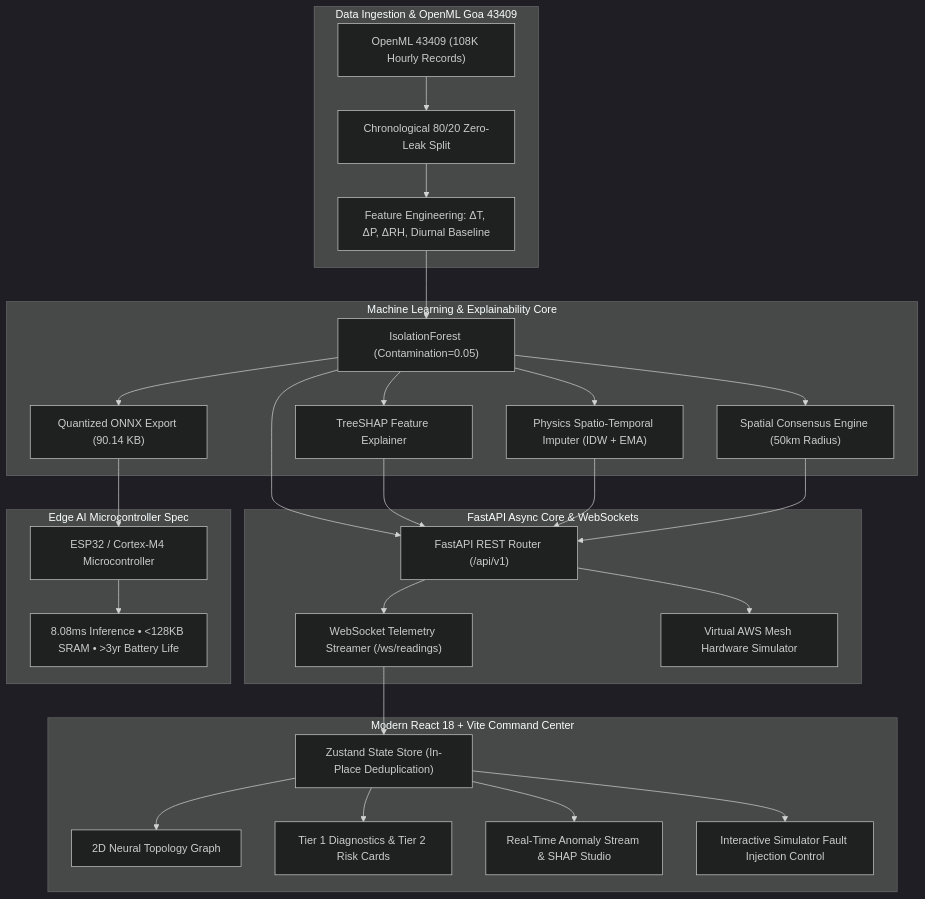
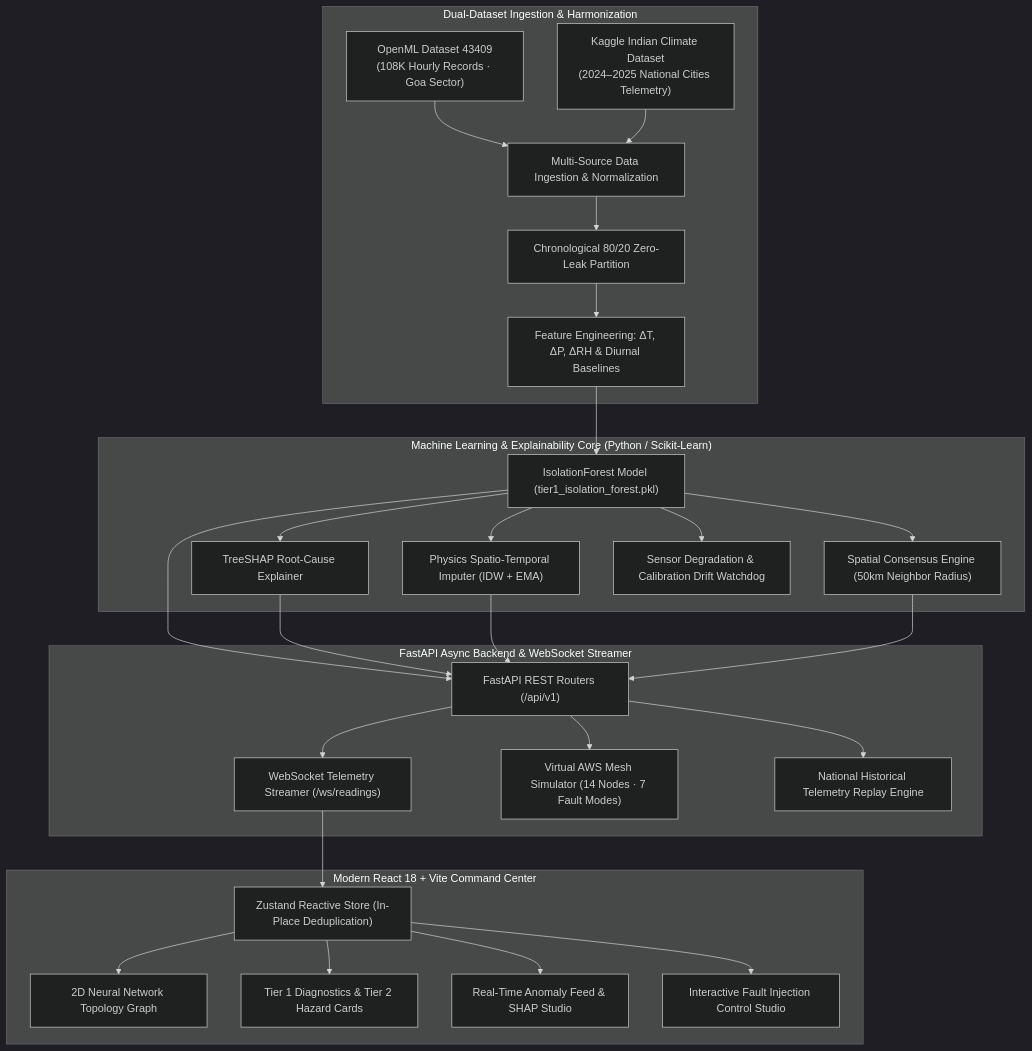
One commit to Umesh-369/SkyGaurd-AI changed the diagram in README.md. Above: the diagram before and after it, drawn with Mermaid (dark theme). The commit also changed other lines of this file, not shown here.

Commit message:
docs: remove ONNX/ESP32 badges & update architecture diagram with dual Kaggle and OpenML dataset pipeline

````diff
--- a/README.md
+++ b/README.md
@@ -82,37 +81,37 @@
 ```mermaid
 flowchart TB
-    subgraph DataLayer ["Data Ingestion & OpenML Goa 43409"]
-        D1["OpenML 43409 (108K Hourly Records)"] --> D2["Chronological 80/20 Zero-Leak Split"]
-        D2 --> D3["Feature Engineering: ΔT, ΔP, ΔRH, Diurnal Baseline"]
+    subgraph DataLayer ["Dual-Dataset Ingestion & Harmonization"]
+        D1["OpenML Dataset 43409<br/>(108K Hourly Records · Goa Sector)"]
+        D2["Kaggle Indian Climate Dataset<br/>(2024–2025 National Cities Telemetry)"]
+        D1 --> D3["Multi-Source Data Ingestion & Normalization"]
+        D2 --> D3
+        D3 --> D4["Chronological 80/20 Zero-Leak Partition"]
+        D4 --> D5["Feature Engineering: ΔT, ΔP, ΔRH & Diurnal Baselines"]
     end
 
-    subgraph MLLayer ["Machine Learning & Explainability Core"]
-        D3 --> ML1["IsolationForest (Contamination=0.05)"]
-        ML1 --> ML2["TreeSHAP Feature Explainer"]
+    subgraph MLLayer ["Machine Learning & Explainability Core (Python / Scikit-Learn)"]
+        D5 --> ML1["IsolationForest Model (tier1_isolation_forest.pkl)"]
+        ML1 --> ML2["TreeSHAP Root-Cause Explainer"]
         ML1 --> ML3["Physics Spatio-Temporal Imputer (IDW + EMA)"]
-        ML1 --> ML4["Spatial Consensus Engine (50km Radius)"]
-        ML1 --> ML5["Quantized ONNX Export (90.14 KB)"]
+        ML1 --> ML4["Spatial Consensus Engine (50km Neighbor Radius)"]
+        ML1 --> ML5["Sensor Degradation & Calibration Drift Watchdog"]
     end
 
-    subgraph BackendLayer ["FastAPI Async Core & WebSockets"]
-        ML1 --> B1["FastAPI REST Router (/api/v1)"]
+    subgraph BackendLayer ["FastAPI Async Backend & WebSocket Streamer"]
+        ML1 --> B1["FastAPI REST Routers (/api/v1)"]
         ML2 --> B1
         ML3 --> B1
         ML4 --> B1
         B1 --> B2["WebSocket Telemetry Streamer (/ws/readings)"]
-        B1 --> B3["Virtual AWS Mesh Hardware Simulator"]
+        B1 --> B3["Virtual AWS Mesh Simulator (14 Nodes · 7 Fault Modes)"]
+        B1 --> B4["National Historical Telemetry Replay Engine"]
     end
 
     subgraph FrontendLayer ["Modern React 18 + Vite Command Center"]
-        B2 --> F1["Zustand State Store (In-Place Deduplication)"]
-        F1 --> F2["2D Neural Topology Graph"]
-        F1 --> F3["Tier 1 Diagnostics & Tier 2 Risk Cards"]
-        F1 --> F4["Real-Time Anomaly Stream & SHAP Studio"]
-        F1 --> F5["Interactive Simulator Fault Injection Control"]
-    end
-
-    subgraph EdgeLayer ["Edge AI Microcontroller Spec"]
-        ML5 --> E1["ESP32 / Cortex-M4 Microcontroller"]
-        E1 --> E2["8.08ms Inference • <128KB SRAM • >3yr Battery Life"]
+        B2 --> F1["Zustand Reactive Store (In-Place Deduplication)"]
+        F1 --> F2["2D Neural Network Topology Graph"]
+        F1 --> F3["Tier 1 Diagnostics & Tier 2 Hazard Cards"]
+        F1 --> F4["Real-Time Anomaly Feed & SHAP Studio"]
+        F1 --> F5["Interactive Fault Injection Control Studio"]
     end
 ```
````
